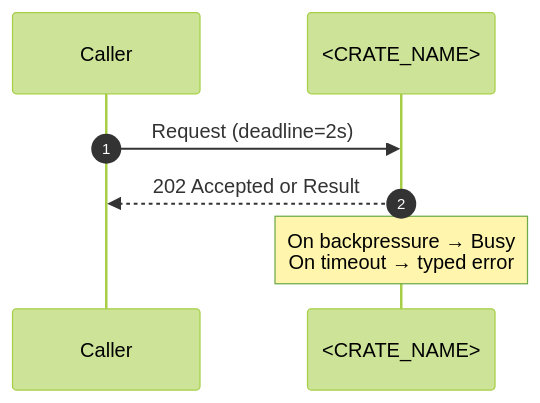
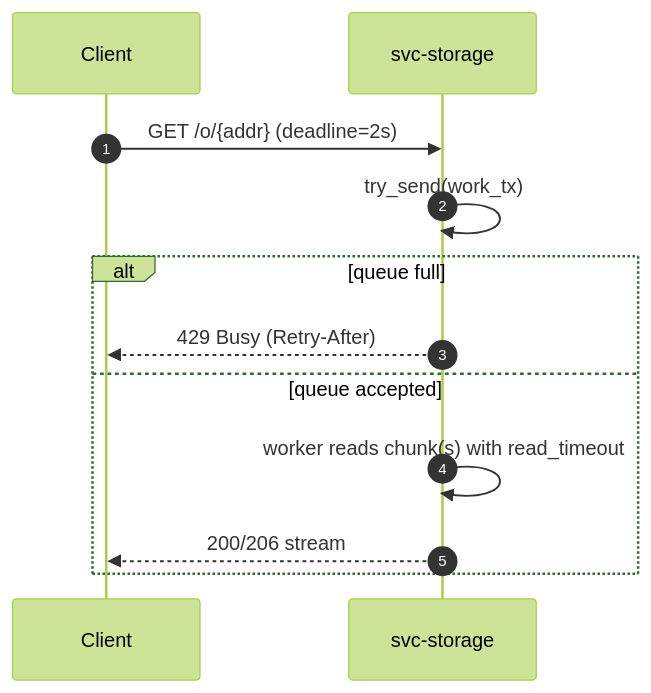
The second of 5 diagrams in crates/svc-storage/docs/CONCURRENCY.MD (Y3LLOWVESTS/rustyonions), drawn with Mermaid (forest theme) before and after one commit. The commit also changed other lines of this file and 113 other files, not shown here.

Commit message:
Scaffolded out svc-storage and completed documentation - Happy Birthday to myself :)

````diff
--- a/crates/svc-storage/docs/CONCURRENCY.MD
+++ b/crates/svc-storage/docs/CONCURRENCY.MD
@@ -122,9 +137,14 @@
 ```mermaid
 sequenceDiagram
   autonumber
-  participant Caller
-  participant S as <CRATE_NAME>
-  Caller->>S: Request (deadline=2s)
-  S-->>Caller: 202 Accepted or Result
-  Note over S: On backpressure → Busy<br/>On timeout → typed error
+  participant C as Client
+  participant S as svc-storage
+  C->>S: GET /o/{addr} (deadline=2s)
+  S->>S: try_send(work_tx)
+  alt queue full
+    S-->>C: 429 Busy (Retry-After)
+  else queue accepted
+    S->>S: worker reads chunk(s) with read_timeout
+    S-->>C: 200/206 stream
+  end
 ```
````
